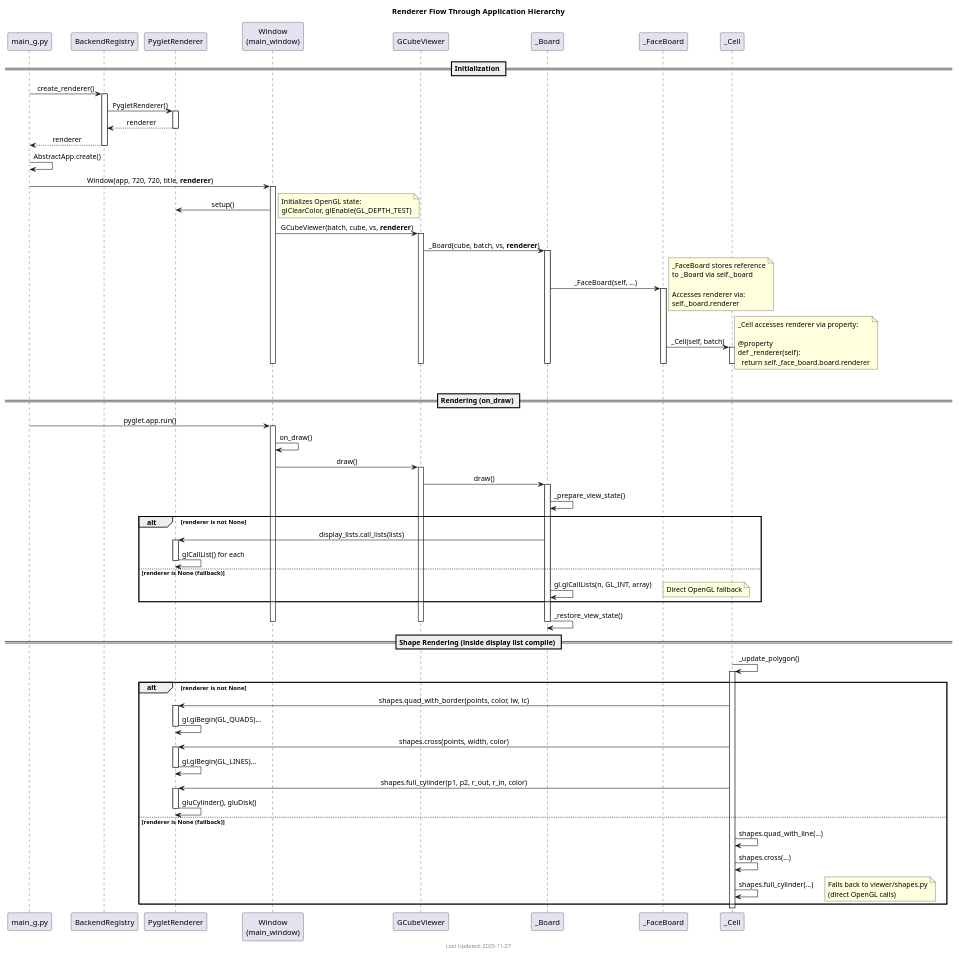
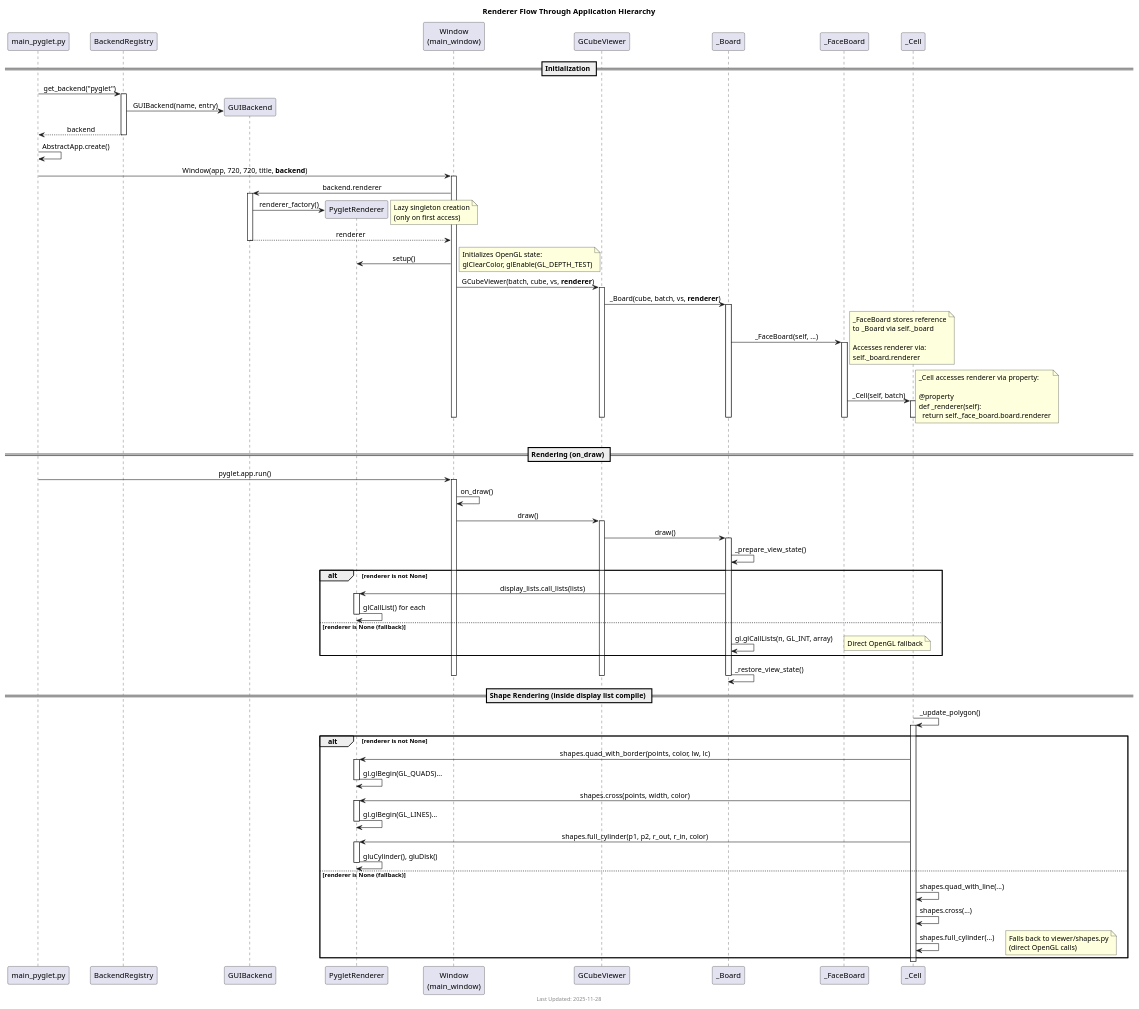
Before and after one commit to boaznahum/cubesolve: the diagram in docs/design/renderer_flow.puml, drawn with PlantUML. The commit also changed 9 other files, not shown here.

First line of the commit message:
Add GUIBackend class for unified backend access

```diff
--- a/docs/design/renderer_flow.puml
+++ b/docs/design/renderer_flow.puml
@@ -1,128 +1,133 @@
 @startuml Renderer Flow
 
 title Renderer Flow Through Application Hierarchy
-footer Last Updated: 2025-11-27
+footer Last Updated: 2025-11-28
 
 skinparam sequenceMessageAlign center
 skinparam responseMessageBelowArrow true
 
-participant "main_g.py" as main
+participant "main_pyglet.py" as main
 participant "BackendRegistry" as registry
+participant "GUIBackend" as backend
 participant "PygletRenderer" as renderer
 participant "Window\n(main_window)" as window
 participant "GCubeViewer" as viewer
 participant "_Board" as board
 participant "_FaceBoard" as faceboard
 participant "_Cell" as cell
 
 == Initialization ==
 
-main -> registry : create_renderer()
+main -> registry : get_backend("pyglet")
 activate registry
-registry -> renderer : PygletRenderer()
-activate renderer
-renderer --> registry : renderer
-deactivate renderer
-registry --> main : renderer
+registry -> backend ** : GUIBackend(name, entry)
+registry --> main : backend
 deactivate registry
 
 main -> main : AbstractApp.create()
 
-main -> window : Window(app, 720, 720, title, **renderer**)
+main -> window : Window(app, 720, 720, title, **backend**)
 activate window
+
+window -> backend : backend.renderer
+activate backend
+backend -> renderer ** : renderer_factory()
+note right: Lazy singleton creation\n(only on first access)
+backend --> window : renderer
+deactivate backend
 
 window -> renderer : setup()
 note right: Initializes OpenGL state:\nglClearColor, glEnable(GL_DEPTH_TEST)
 
 window -> viewer : GCubeViewer(batch, cube, vs, **renderer**)
 activate viewer
 
 viewer -> board : _Board(cube, batch, vs, **renderer**)
 activate board
 
 board -> faceboard : _FaceBoard(self, ...)
 activate faceboard
 note right
   _FaceBoard stores reference
   to _Board via self._board
 
   Accesses renderer via:
   self._board.renderer
 end note
 
 faceboard -> cell : _Cell(self, batch)
 activate cell
 note right
   _Cell accesses renderer via property:
 
   @property
   def _renderer(self):
     return self._face_board.board.renderer
 end note
 
 deactivate cell
 deactivate faceboard
 deactivate board
 deactivate viewer
 deactivate window
 
 == Rendering (on_draw) ==
 
 main -> window : pyglet.app.run()
 activate window
 
 window -> window : on_draw()
 window -> viewer : draw()
 activate viewer
 
 viewer -> board : draw()
 activate board
 
 board -> board : _prepare_view_state()
 
 alt renderer is not None
   board -> renderer : display_lists.call_lists(lists)
   activate renderer
   renderer -> renderer : glCallList() for each
   deactivate renderer
 else renderer is None (fallback)
   board -> board : gl.glCallLists(n, GL_INT, array)
   note right: Direct OpenGL fallback
 end
 
 board -> board : _restore_view_state()
 
 deactivate board
 deactivate viewer
 deactivate window
 
 == Shape Rendering (inside display list compile) ==
 
 cell -> cell : _update_polygon()
 activate cell
 
 alt renderer is not None
   cell -> renderer : shapes.quad_with_border(points, color, lw, lc)
   activate renderer
   renderer -> renderer : gl.glBegin(GL_QUADS)...
   deactivate renderer
 
   cell -> renderer : shapes.cross(points, width, color)
   activate renderer
   renderer -> renderer : gl.glBegin(GL_LINES)...
   deactivate renderer
 
   cell -> renderer : shapes.full_cylinder(p1, p2, r_out, r_in, color)
   activate renderer
   renderer -> renderer : gluCylinder(), gluDisk()
   deactivate renderer
 else renderer is None (fallback)
   cell -> cell : shapes.quad_with_line(...)
   cell -> cell : shapes.cross(...)
   cell -> cell : shapes.full_cylinder(...)
   note right: Falls back to viewer/shapes.py\n(direct OpenGL calls)
 end
 
 deactivate cell
 
 @enduml
```
